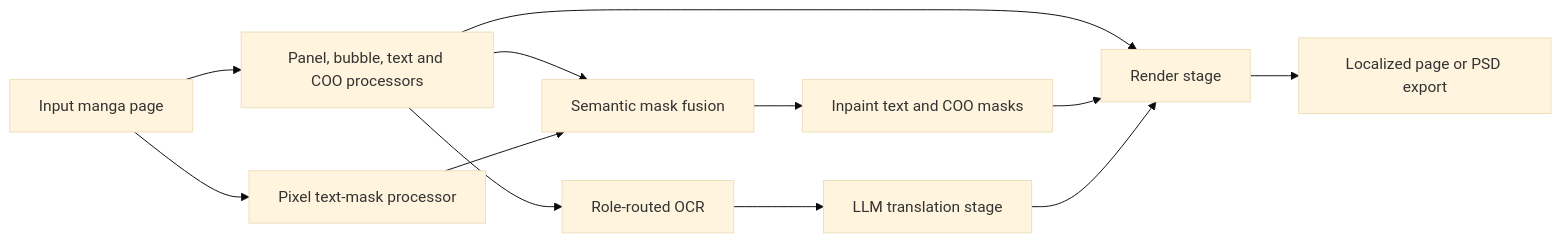
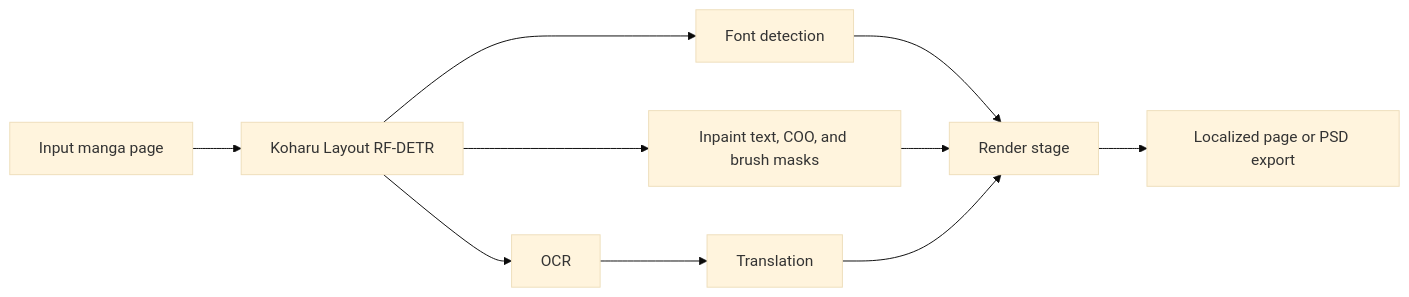
Before and after one commit to mayocream/koharu: the diagram in docs/en-US/explanation/how-koharu-works.md, drawn with Mermaid (base theme). The commit also changed other lines of this file and 45 other files, not shown here.

````diff
--- a/docs/en-US/explanation/how-koharu-works.md
+++ b/docs/en-US/explanation/how-koharu-works.md
@@ -11,14 +11,12 @@
 ```mermaid
 flowchart LR
-    A[Input manga page] --> B1[Panel, bubble, text and COO processors]
-    A --> B2[Pixel text-mask processor]
-    B1 --> B3[Semantic mask fusion]
-    B2 --> B3
-    B1 --> C[Role-routed OCR]
-    B3 --> D[Inpaint text and COO masks]
-    C --> E[LLM translation stage]
-    B1 --> F
+    A[Input manga page] --> B[Koharu Layout RF-DETR]
+    B --> C[OCR]
+    B --> D[Inpaint text, COO, and brush masks]
+    B --> T[Font detection]
+    C --> E[Translation]
+    T --> F
     D --> F[Render stage]
     E --> F
     F --> G[Localized page or PSD export]
 ```
````
